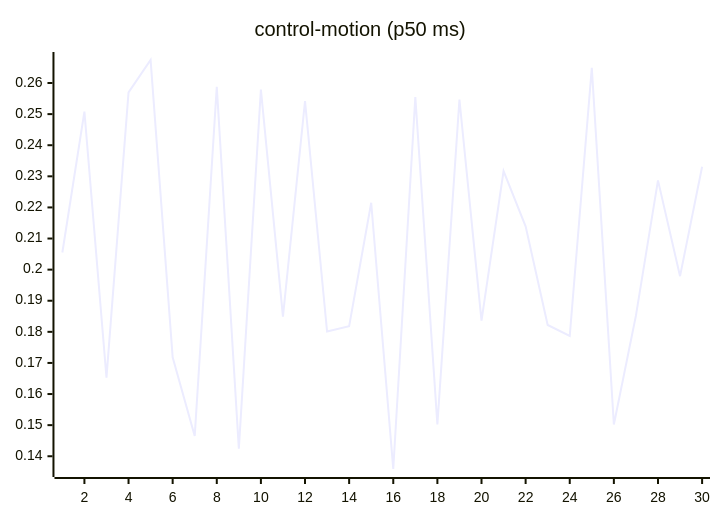
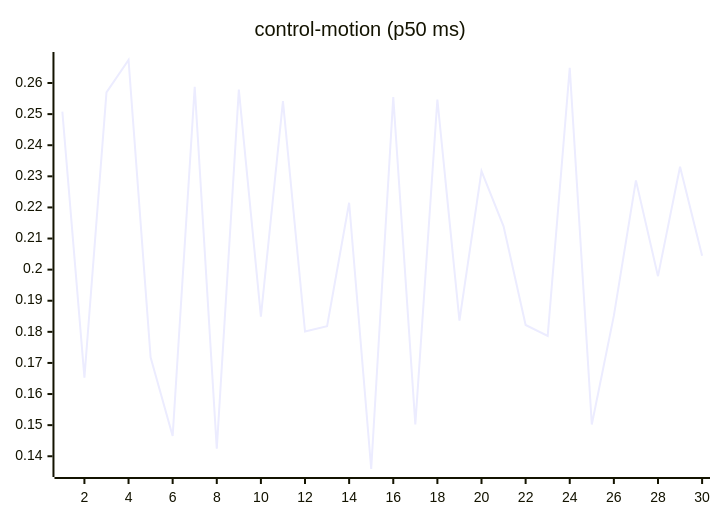
The seventh of 27 diagrams in README.md (josha/Facet), drawn with Mermaid before and after one commit. The commit also changed other lines of this file and 2 other files, not shown here.

````diff
--- a/README.md
+++ b/README.md
@@ -105,6 +105,6 @@
 ```mermaid
 xychart-beta
     title "control-motion (p50 ms)"
     x-axis 1 --> 30
-    line [0.2055, 0.2508, 0.1653, 0.2570, 0.2674, 0.1718, 0.1465, 0.2588, 0.1424, 0.2579, 0.1849, 0.2542, 0.1801, 0.1818, 0.2215, 0.1359, 0.2555, 0.1502, 0.2547, 0.1836, 0.2317, 0.2139, 0.1822, 0.1787, 0.2649, 0.1502, 0.1852, 0.2287, 0.1979, 0.2331]
+    line [0.2508, 0.1653, 0.2570, 0.2674, 0.1718, 0.1465, 0.2588, 0.1424, 0.2579, 0.1849, 0.2542, 0.1801, 0.1818, 0.2215, 0.1359, 0.2555, 0.1502, 0.2547, 0.1836, 0.2317, 0.2139, 0.1822, 0.1787, 0.2649, 0.1502, 0.1852, 0.2287, 0.1979, 0.2331, 0.2045]
 ```
````
